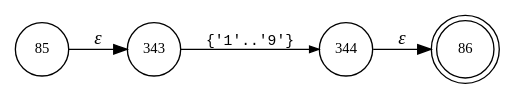
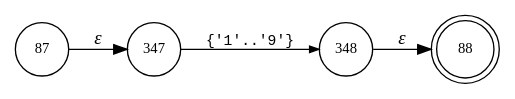
One commit to vulogov/Bund-old changed the diagram in internal/parser/BundLexer.NON_ZERO_DIGIT.dot. Above: the diagram before and after it, drawn with Graphviz. The commit also changed 169 other files, not shown here.

```diff
--- a/internal/parser/BundLexer.NON_ZERO_DIGIT.dot
+++ b/internal/parser/BundLexer.NON_ZERO_DIGIT.dot
@@ -1,10 +1,10 @@
 digraph ATN {
 rankdir=LR;
-s86[fontsize=11, label="86", shape=doublecircle, fixedsize=true, width=.6];
-s85[fontsize=11,label="85", shape=circle, fixedsize=true, width=.55, peripheries=1];
-s343[fontsize=11,label="343", shape=circle, fixedsize=true, width=.55, peripheries=1];
-s344[fontsize=11,label="344", shape=circle, fixedsize=true, width=.55, peripheries=1];
-s85 -> s343 [fontname="Times-Italic", label="&epsilon;"];
-s343 -> s344 [fontsize=11, fontname="Courier", arrowsize=.7, label = "{'1'..'9'}", arrowhead = normal];
-s344 -> s86 [fontname="Times-Italic", label="&epsilon;"];
+s88[fontsize=11, label="88", shape=doublecircle, fixedsize=true, width=.6];
+s87[fontsize=11,label="87", shape=circle, fixedsize=true, width=.55, peripheries=1];
+s347[fontsize=11,label="347", shape=circle, fixedsize=true, width=.55, peripheries=1];
+s348[fontsize=11,label="348", shape=circle, fixedsize=true, width=.55, peripheries=1];
+s87 -> s347 [fontname="Times-Italic", label="&epsilon;"];
+s347 -> s348 [fontsize=11, fontname="Courier", arrowsize=.7, label = "{'1'..'9'}", arrowhead = normal];
+s348 -> s88 [fontname="Times-Italic", label="&epsilon;"];
 }
```
